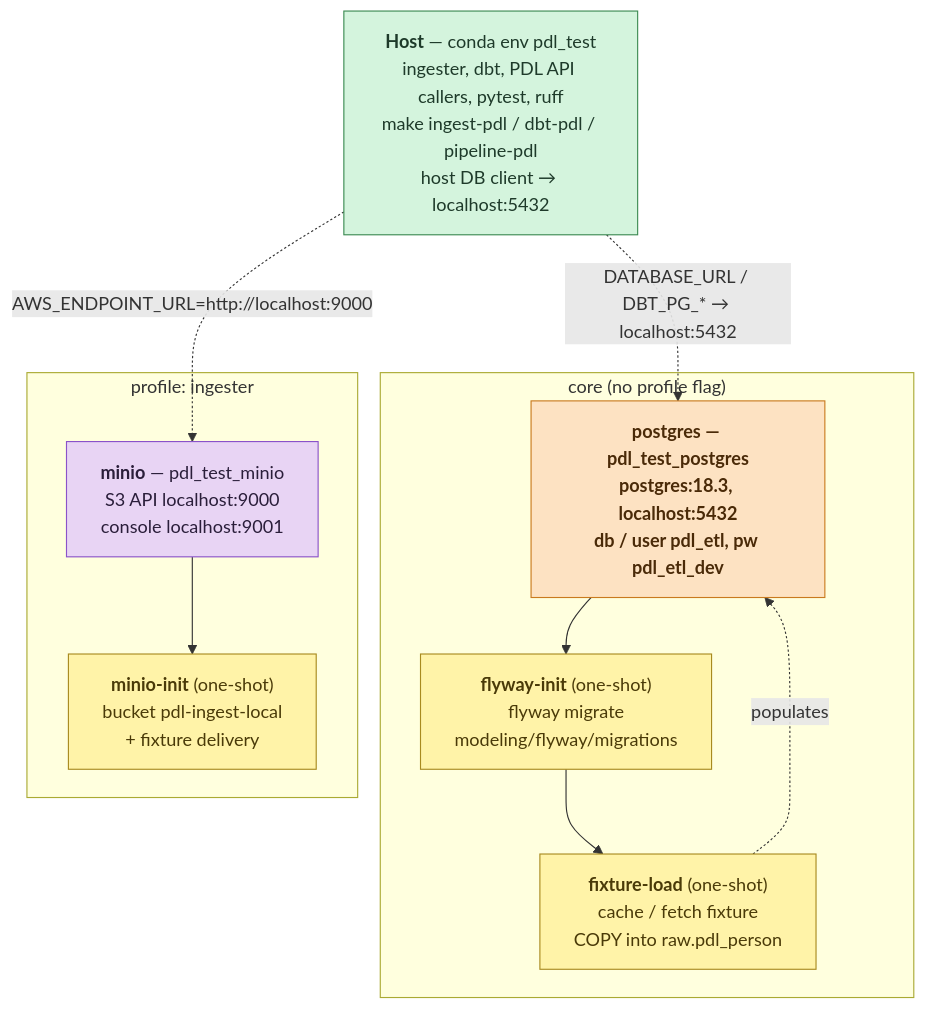
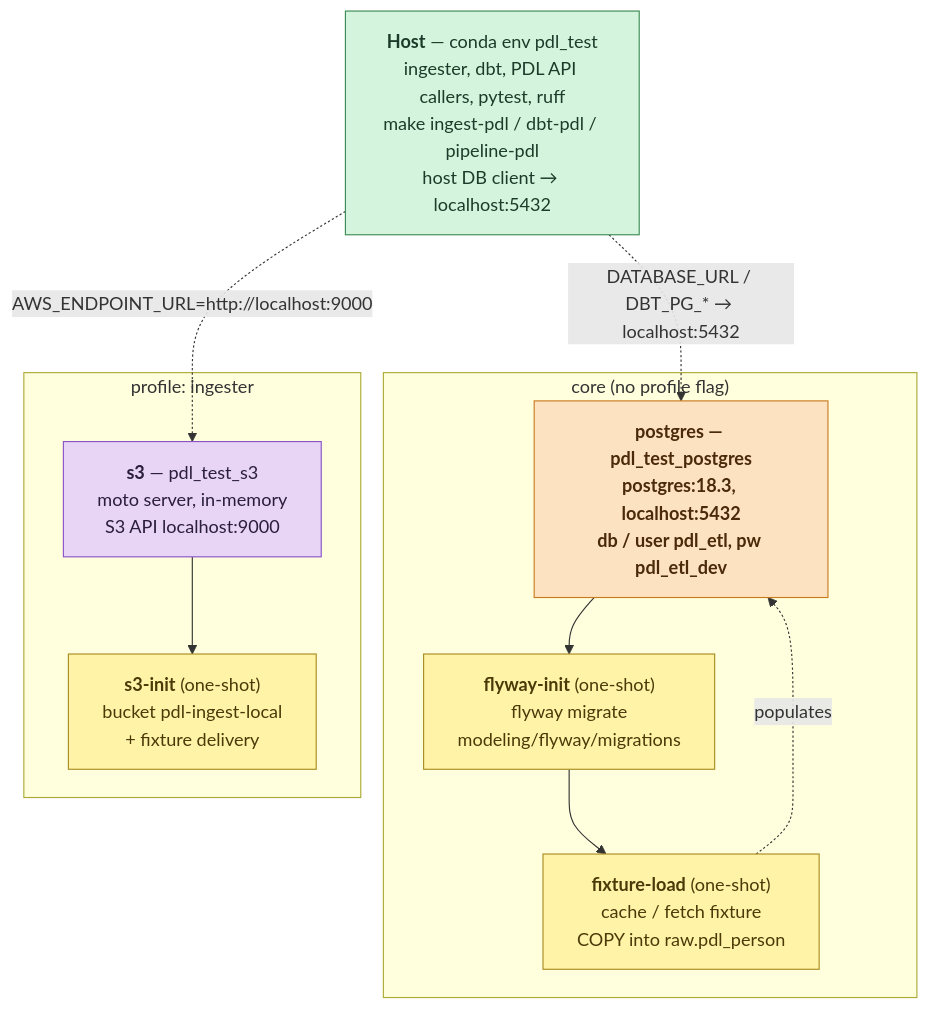
One commit to mfishzon19/pdl-person-pipeline changed the first of 2 diagrams in docs/design/local-dev-design.md. Above: the diagram before and after it, drawn with Mermaid. The commit also changed other lines of this file and 28 other files, not shown here.

First line of the commit message:
Replace MinIO with moto server; make a fresh clone run end to end

````diff
--- a/docs/design/local-dev-design.md
+++ b/docs/design/local-dev-design.md
@@ -25,26 +25,26 @@
 ```mermaid
 flowchart TB
     classDef core fill:#fde2c2,stroke:#c97a1f,color:#4a2a08,font-weight:bold
     classDef profile fill:#e8d4f4,stroke:#8a52c9,color:#2a1e3a
     classDef oneshot fill:#fff3a8,stroke:#a88a1f,color:#4a3a08
     classDef host fill:#d4f4dd,stroke:#3c8a52,color:#1e3a2a
 
     subgraph CORE["core (no profile flag)"]
         PG["<b>postgres</b> — pdl_test_postgres<br/>postgres:18.3, localhost:5432<br/>db / user pdl_etl, pw pdl_etl_dev"]:::core
         FLYWAY["<b>flyway-init</b> (one-shot)<br/>flyway migrate<br/>modeling/flyway/migrations"]:::oneshot
         SEED["<b>fixture-load</b> (one-shot)<br/>cache / fetch fixture<br/>COPY into raw.pdl_person"]:::oneshot
     end
 
     subgraph INGEST["profile: ingester"]
-        MINIO["<b>minio</b> — pdl_test_minio<br/>S3 API localhost:9000<br/>console localhost:9001"]:::profile
-        MINIO_INIT["<b>minio-init</b> (one-shot)<br/>bucket pdl-ingest-local<br/>+ fixture delivery"]:::oneshot
+        S3["<b>s3</b> — pdl_test_s3<br/>moto server, in-memory<br/>S3 API localhost:9000"]:::profile
+        S3_INIT["<b>s3-init</b> (one-shot)<br/>bucket pdl-ingest-local<br/>+ fixture delivery"]:::oneshot
     end
 
     PG --> FLYWAY --> SEED
     SEED -.->|populates| PG
-    MINIO --> MINIO_INIT
+    S3 --> S3_INIT
 
     HOST["<b>Host</b> — conda env pdl_test<br/>ingester, dbt, PDL API callers, pytest, ruff<br/>make ingest-pdl / dbt-pdl / pipeline-pdl<br/>host DB client → localhost:5432"]:::host
     HOST -.->|DATABASE_URL / DBT_PG_* → localhost:5432| PG
-    HOST -.->|AWS_ENDPOINT_URL=http://localhost:9000| MINIO
+    HOST -.->|AWS_ENDPOINT_URL=http://localhost:9000| S3
 ```
````
